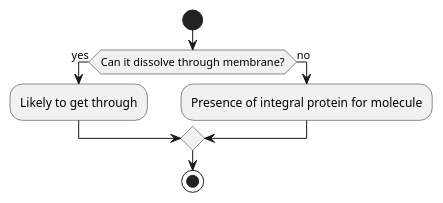
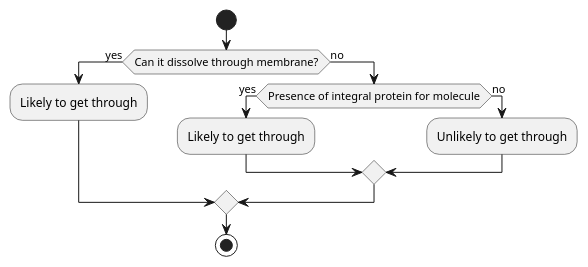
The diagram in Biology/Cell-Biology/Cell-Membrane.md (ashwinreddy/wiki), drawn with PlantUML before and after one commit.

Commit message:
Updated Cell%20Membrane (markdown)

```diff
--- a/Biology/Cell-Biology/Cell-Membrane.md
+++ b/Biology/Cell-Biology/Cell-Membrane.md
@@ -40,9 +40,13 @@
 @startuml
 start
 if (Can it dissolve through membrane?) then (yes)
   :Likely to get through;
 else (no)
-  :Presence of integral protein for molecule;
+  if (Presence of integral protein for molecule) then (yes)
+    :Likely to get through;
+  else (no)
+    :Unlikely to get through;
+  endif
 endif
 stop
 @enduml
```
